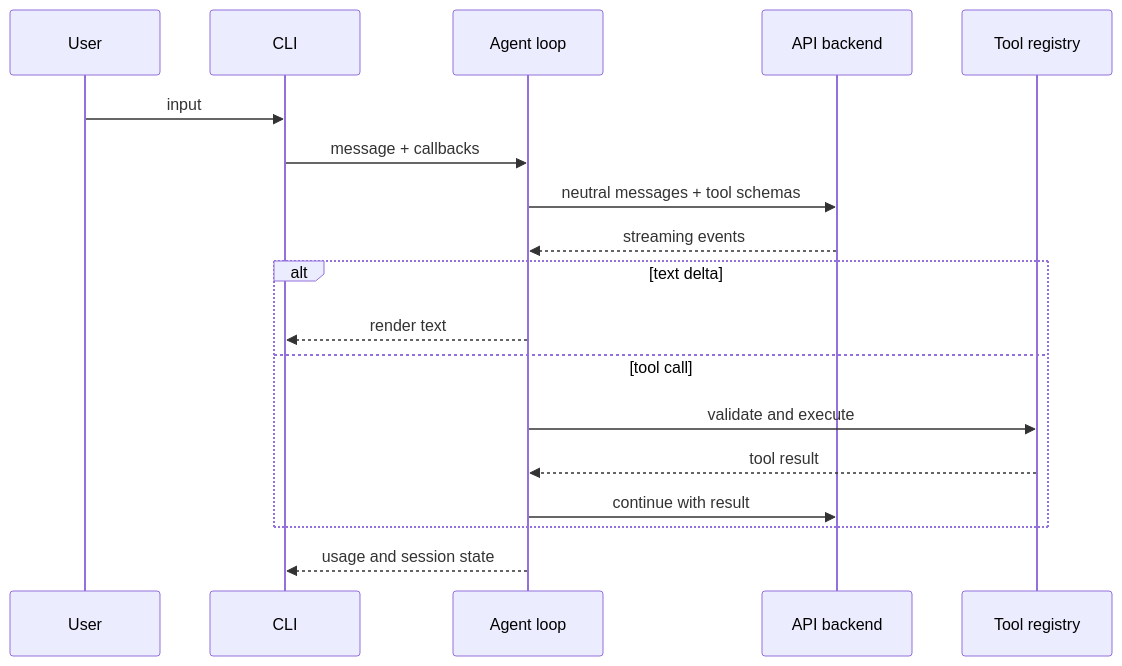
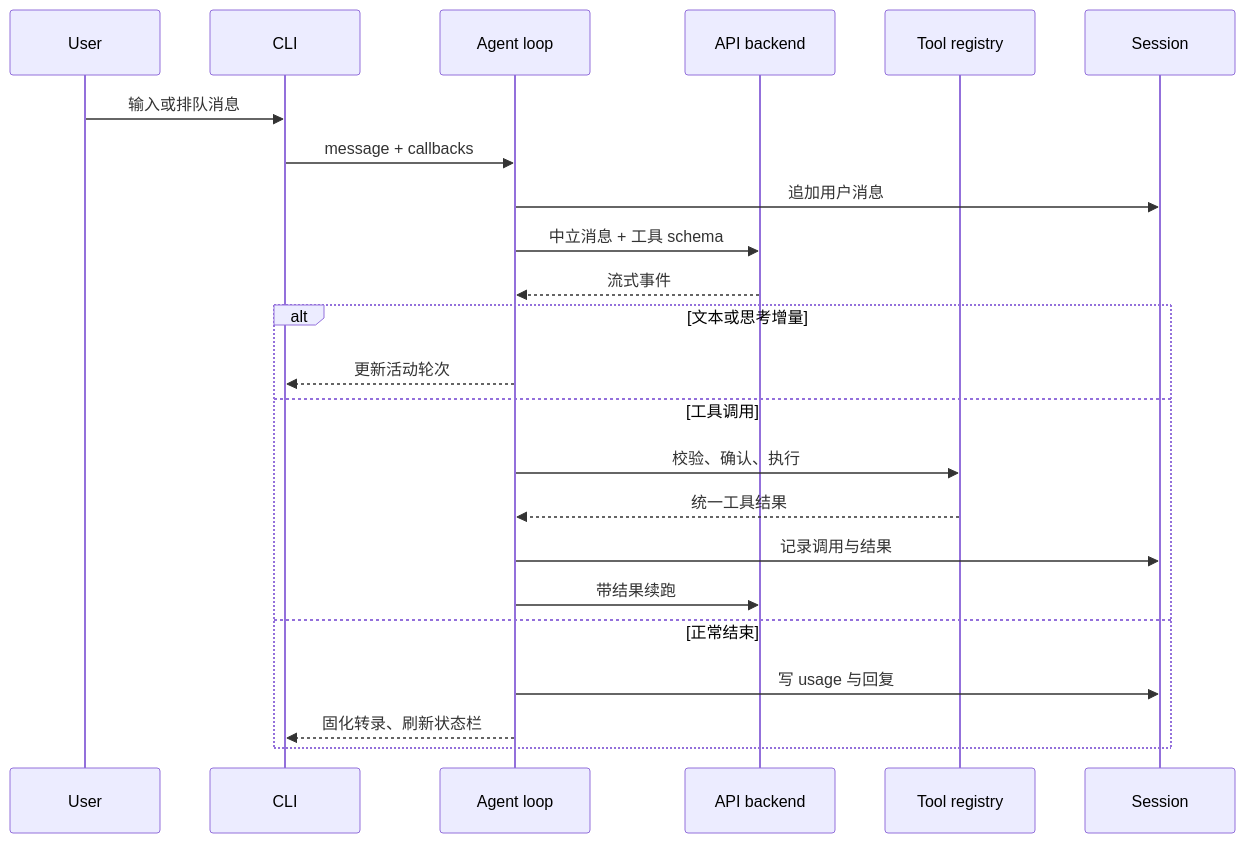
Before and after one commit to relic-yuexi/LubanCode: the second of 2 diagrams in docs/architecture.md, drawn with Mermaid. The commit also changed other lines of this file and 12 other files, not shown here.

````diff
--- a/docs/architecture.md
+++ b/docs/architecture.md
@@ -40,21 +62,26 @@
 ```mermaid
 sequenceDiagram
     participant U as User
     participant C as CLI
     participant A as Agent loop
     participant B as API backend
     participant T as Tool registry
+    participant S as Session
 
-    U->>C: input
+    U->>C: 输入或排队消息
     C->>A: message + callbacks
-    A->>B: neutral messages + tool schemas
-    B-->>A: streaming events
-    alt text delta
-        A-->>C: render text
-    else tool call
-        A->>T: validate and execute
-        T-->>A: tool result
-        A->>B: continue with result
+    A->>S: 追加用户消息
+    A->>B: 中立消息 + 工具 schema
+    B-->>A: 流式事件
+    alt 文本或思考增量
+        A-->>C: 更新活动轮次
+    else 工具调用
+        A->>T: 校验、确认、执行
+        T-->>A: 统一工具结果
+        A->>S: 记录调用与结果
+        A->>B: 带结果续跑
+    else 正常结束
+        A->>S: 写 usage 与回复
+        A-->>C: 固化转录、刷新状态栏
     end
-    A-->>C: usage and session state
 ```
````
